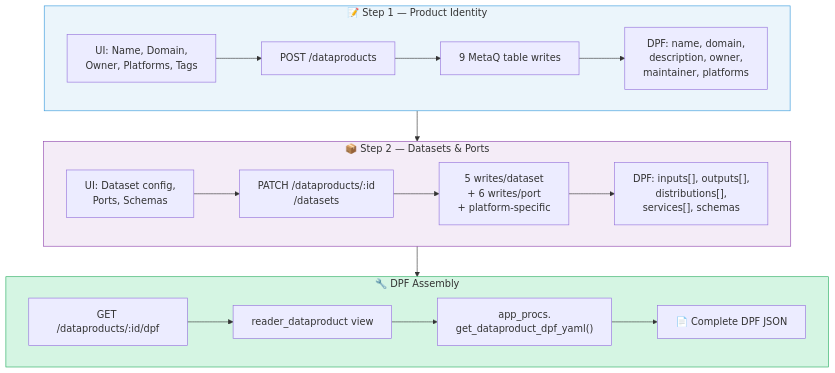
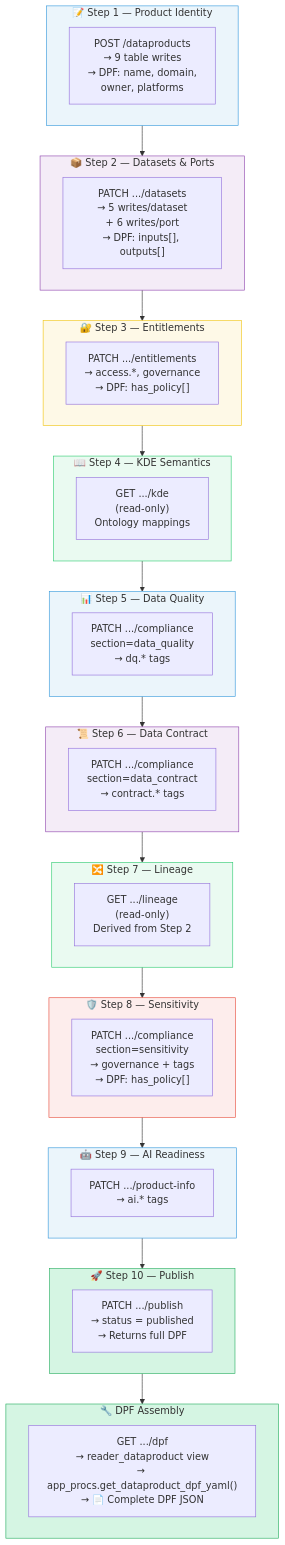
One commit to ArpitDave11/product-reg changed diagram 15 of 16 in design_flow.md. Above: the diagram before and after it, drawn with Mermaid. The commit also changed other lines of this file, not shown here.

First line of the commit message:
Revise DPF Data Flow Architecture and add steps

````diff
--- a/design_flow.md
+++ b/design_flow.md
@@ -418,32 +791,63 @@
 ```mermaid
 flowchart TD
     subgraph STEP1 ["📝 Step 1 — Product Identity"]
-        S1A["UI: Name, Domain,\nOwner, Platforms, Tags"]
-        S1B["POST /dataproducts"]
-        S1C["9 MetaQ table writes"]
-        S1D["DPF: name, domain,\ndescription, owner,\nmaintainer, platforms"]
-        S1A --> S1B --> S1C --> S1D
+        S1["POST /dataproducts\n→ 9 table writes\n→ DPF: name, domain,\nowner, platforms"]
     end
 
     subgraph STEP2 ["📦 Step 2 — Datasets & Ports"]
-        S2A["UI: Dataset config,\nPorts, Schemas"]
-        S2B["PATCH /dataproducts/:id\n/datasets"]
-        S2C["5 writes/dataset\n+ 6 writes/port\n+ platform-specific"]
-        S2D["DPF: inputs[], outputs[],\ndistributions[],\nservices[], schemas"]
-        S2A --> S2B --> S2C --> S2D
+        S2["PATCH .../datasets\n→ 5 writes/dataset\n+ 6 writes/port\n→ DPF: inputs[], outputs[]"]
+    end
+
+    subgraph STEP3 ["🔐 Step 3 — Entitlements"]
+        S3["PATCH .../entitlements\n→ access.*, governance\n→ DPF: has_policy[]"]
+    end
+
+    subgraph STEP4 ["📖 Step 4 — KDE Semantics"]
+        S4["GET .../kde\n(read-only)\nOntology mappings"]
+    end
+
+    subgraph STEP5 ["📊 Step 5 — Data Quality"]
+        S5["PATCH .../compliance\nsection=data_quality\n→ dq.* tags"]
+    end
+
+    subgraph STEP6 ["📜 Step 6 — Data Contract"]
+        S6["PATCH .../compliance\nsection=data_contract\n→ contract.* tags"]
+    end
+
+    subgraph STEP7 ["🔀 Step 7 — Lineage"]
+        S7["GET .../lineage\n(read-only)\nDerived from Step 2"]
+    end
+
+    subgraph STEP8 ["🛡️ Step 8 — Sensitivity"]
+        S8["PATCH .../compliance\nsection=sensitivity\n→ governance + tags\n→ DPF: has_policy[]"]
+    end
+
+    subgraph STEP9 ["🤖 Step 9 — AI Readiness"]
+        S9["PATCH .../product-info\n→ ai.* tags"]
+    end
+
+    subgraph STEP10 ["🚀 Step 10 — Publish"]
+        S10["PATCH .../publish\n→ status = published\n→ Returns full DPF"]
     end
 
     subgraph ASSEMBLY ["🔧 DPF Assembly"]
-        ASM1["GET /dataproducts/:id/dpf"]
-        ASM2["reader_dataproduct view"]
-        ASM3["app_procs.\nget_dataproduct_dpf_yaml()"]
-        ASM4["📄 Complete DPF JSON"]
-        ASM1 --> ASM2 --> ASM3 --> ASM4
+        ASM["GET .../dpf\n→ reader_dataproduct view\n→ app_procs.get_dataproduct_dpf_yaml()\n→ 📄 Complete DPF JSON"]
     end
 
-    STEP1 --> STEP2 --> ASSEMBLY
+    STEP1 --> STEP2 --> STEP3 --> STEP4
+    STEP4 --> STEP5 --> STEP6 --> STEP7
+    STEP7 --> STEP8 --> STEP9 --> STEP10
+    STEP10 --> ASSEMBLY
 
     style STEP1 fill:#EBF5FB,stroke:#3498DB
     style STEP2 fill:#F4ECF7,stroke:#8E44AD
+    style STEP3 fill:#FEF9E7,stroke:#F1C40F
+    style STEP4 fill:#EAFAF1,stroke:#2ECC71
+    style STEP5 fill:#EBF5FB,stroke:#3498DB
+    style STEP6 fill:#F4ECF7,stroke:#8E44AD
+    style STEP7 fill:#EAFAF1,stroke:#2ECC71
+    style STEP8 fill:#FDEDEC,stroke:#E74C3C
+    style STEP9 fill:#EBF5FB,stroke:#3498DB
+    style STEP10 fill:#D5F5E3,stroke:#27AE60
     style ASSEMBLY fill:#D5F5E3,stroke:#27AE60
 ```
````
